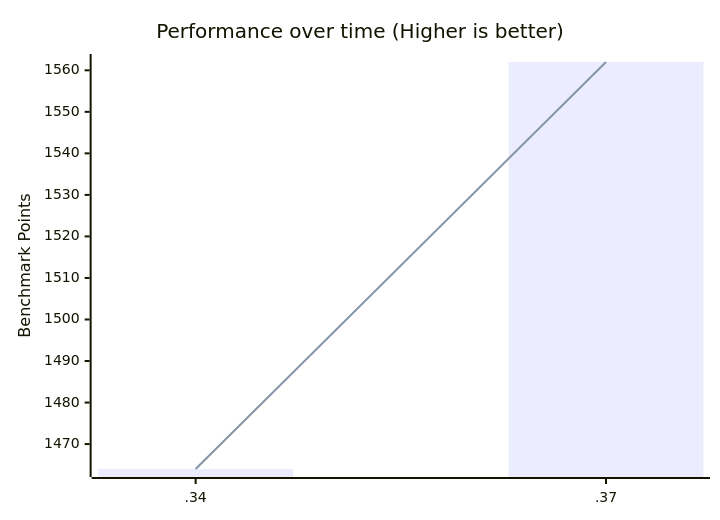
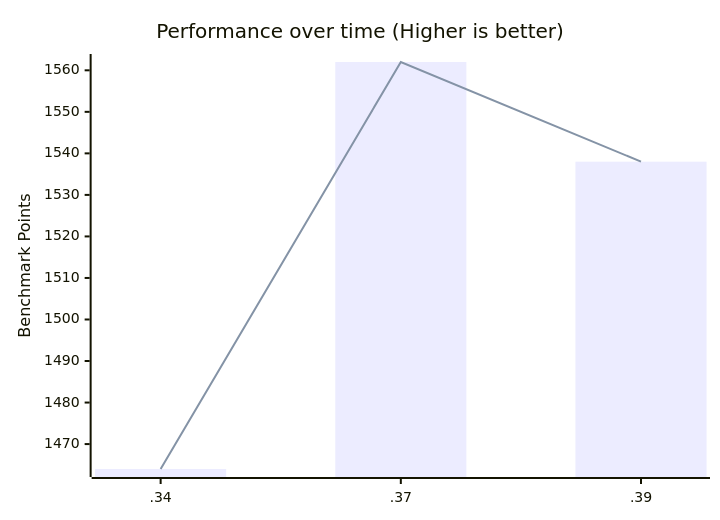
Before and after one commit to zen-browser/docs: the third of 4 diagrams in content/benchmarks.md, drawn with Mermaid. The commit also changed other lines of this file, not shown here.

````diff
--- a/content/benchmarks.md
+++ b/content/benchmarks.md
@@ -68,8 +69,8 @@
 ```mermaid
 xychart-beta
     title "Performance over time (Higher is better)"
-    x-axis [.34,.37]
+    x-axis [.34,.37,.39]
     y-axis "Benchmark Points"
-    bar [1464,1562]
-    line [1464,1562]
+    bar [1464,1562,1538]
+    line [1464,1562,1538]
 ```
````
